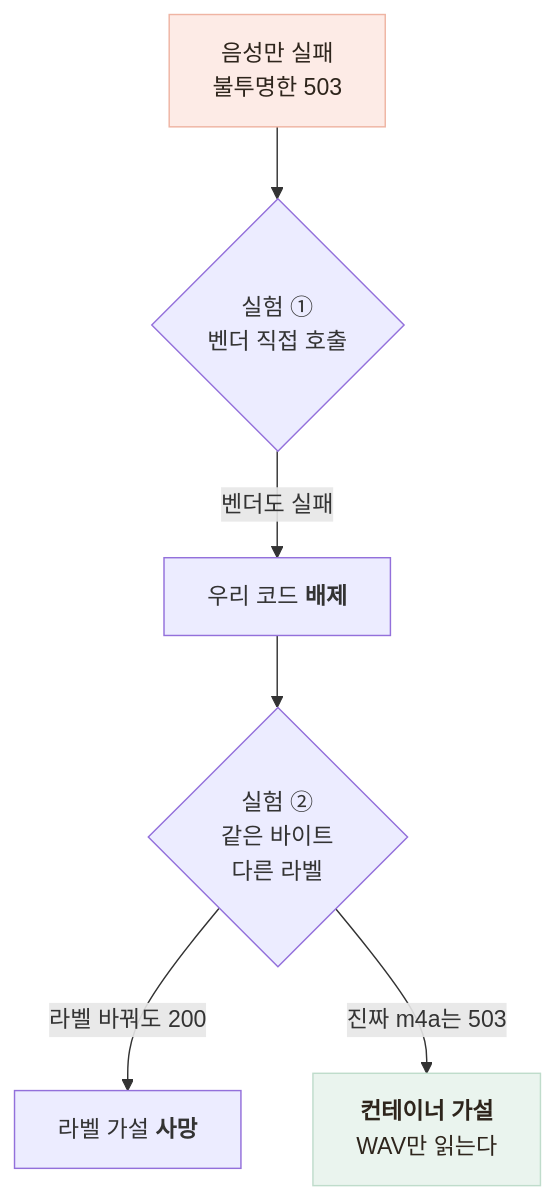
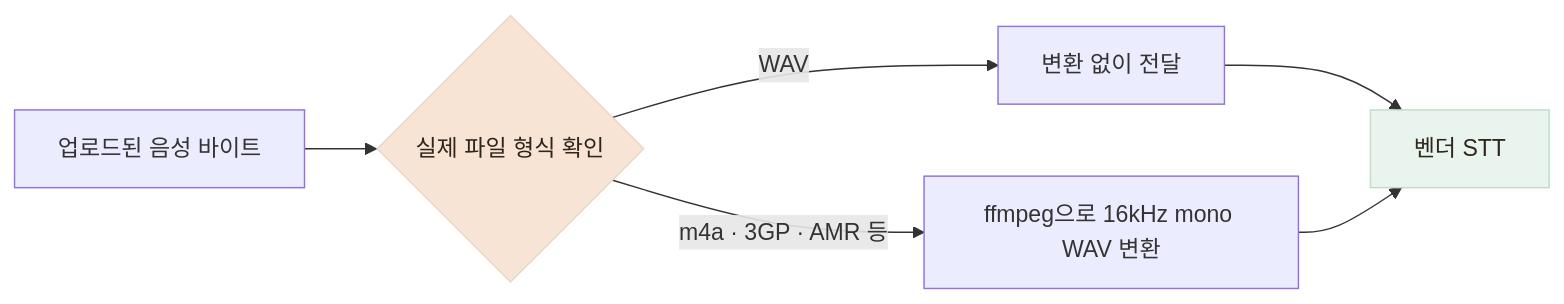
One commit to Jinacker/PortFolio changed the third of 3 diagrams in public/mds/kkinitalk/ts-4-audio.md. Above: the diagram before and after it, drawn with Mermaid. The commit also changed other lines of this file and 12 other files, not shown here.

````diff
--- a/public/mds/kkinitalk/ts-4-audio.md
+++ b/public/mds/kkinitalk/ts-4-audio.md
@@ -20,11 +67,11 @@
 ```mermaid
-flowchart TB
-    S["음성만 실패<br/>불투명한 503"] --> E1{"실험 ①<br/>벤더 직접 호출"}
-    E1 -->|"벤더도 실패"| X1["우리 코드 <b>배제</b>"]
-    X1 --> E2{"실험 ②<br/>같은 바이트<br/>다른 라벨"}
-    E2 -->|"라벨 바꿔도 200"| X2["라벨 가설 <b>사망</b>"]
-    E2 -->|"진짜 m4a는 503"| R["<b>컨테이너 가설</b><br/>WAV만 읽는다"]
+flowchart LR
+    AUDIO["업로드된 음성 바이트"] --> CHECK{"실제 파일 형식 확인"}
+    CHECK -->|"WAV"| PASS["변환 없이 전달"]
+    CHECK -->|"m4a · 3GP · AMR 등"| CONVERT["ffmpeg으로 16kHz mono WAV 변환"]
+    PASS --> VENDOR["벤더 STT"]
+    CONVERT --> VENDOR
 
-    style S fill:#FDEBE6,stroke:#EFB4A3,color:#2E251C
-    style R fill:#EAF4EE,stroke:#BFDCCB,color:#2E251C
+    style CHECK fill:#F7E4D5,stroke:#E4D8C6,color:#2E251C
+    style VENDOR fill:#EAF4EE,stroke:#BFDCCB,color:#2E251C
 ```
````
